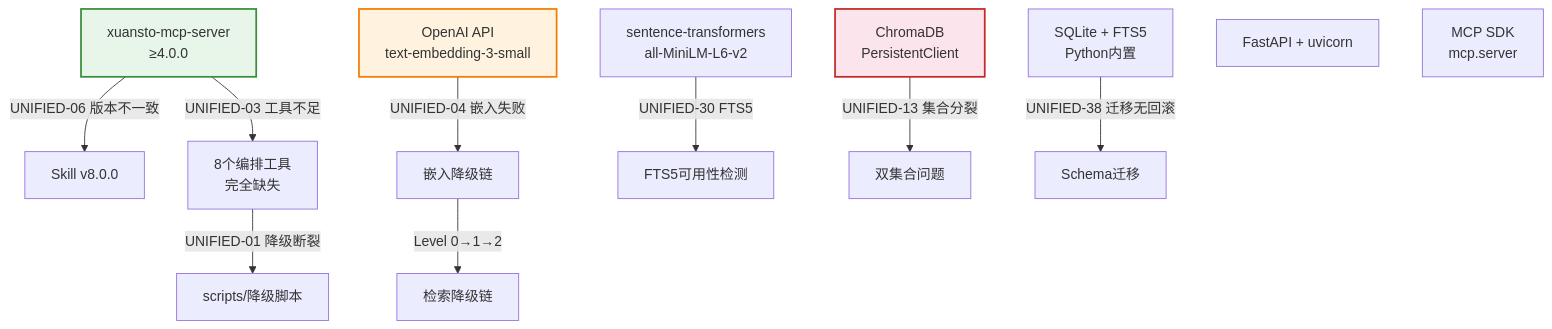
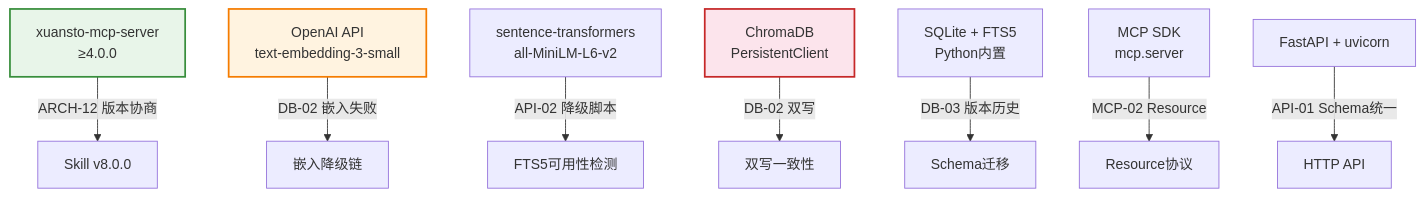
One commit to xuanyuanchumo/xuansto changed the third of 10 diagrams in docs/plan/REFACTOR_PLAN.md. Above: the diagram before and after it, drawn with Mermaid. The commit also changed other lines of this file and 8 other files, not shown here.

````diff
--- a/docs/plan/REFACTOR_PLAN.md
+++ b/docs/plan/REFACTOR_PLAN.md
@@ -243,24 +216,22 @@
 ```mermaid
 flowchart TD
     XUANSTO["xuansto-mcp-server<br/>≥4.0.0"]
     OPENAI["OpenAI API<br/>text-embedding-3-small"]
     ST["sentence-transformers<br/>all-MiniLM-L6-v2"]
     CHROMA_EXT["ChromaDB<br/>PersistentClient"]
     SQLITE_EXT["SQLite + FTS5<br/>Python内置"]
+    MCP_SDK["MCP SDK<br/>mcp.server"]
     FASTAPI["FastAPI + uvicorn"]
-    MCP_SDK["MCP SDK<br/>mcp.server"]
 
-    XUANSTO -->|"UNIFIED-06 版本不一致"| SKILL_VER["Skill v8.0.0"]
-    XUANSTO -->|"UNIFIED-03 工具不足"| ORCH_TOOLS["8个编排工具<br/>完全缺失"]
-    OPENAI -->|"UNIFIED-04 嵌入失败"| EMB_LEVEL["嵌入降级链"]
-    ST -->|"UNIFIED-30 FTS5"| FTS5_CHECK["FTS5可用性检测"]
-    CHROMA_EXT -->|"UNIFIED-13 集合分裂"| DUAL_COL["双集合问题"]
-    SQLITE_EXT -->|"UNIFIED-38 迁移无回滚"| SCHEMA_MIG["Schema迁移"]
-
-    ORCH_TOOLS -->|"UNIFIED-01 降级断裂"| SCRIPT_FALLBACK["scripts/降级脚本"]
-    EMB_LEVEL -->|"Level 0→1→2"| SEARCH_DEGR["检索降级链"]
+    XUANSTO -->|"ARCH-12 版本协商"| SKILL_VER["Skill v8.0.0"]
+    OPENAI -->|"DB-02 嵌入失败"| EMB_LEVEL["嵌入降级链"]
+    ST -->|"API-02 降级脚本"| FTS5_CHECK["FTS5可用性检测"]
+    CHROMA_EXT -->|"DB-02 双写"| DUAL_WRITE["双写一致性"]
+    SQLITE_EXT -->|"DB-03 版本历史"| SCHEMA_MIG["Schema迁移"]
+    MCP_SDK -->|"MCP-02 Resource"| RESOURCE["Resource协议"]
+    FASTAPI -->|"API-01 Schema统一"| HTTP_API["HTTP API"]
 
     style XUANSTO fill:#e8f5e9,stroke:#388e3c,stroke-width:2px
     style OPENAI fill:#fff3e0,stroke:#f57c00,stroke-width:2px
     style CHROMA_EXT fill:#fce4ec,stroke:#c62828,stroke-width:2px
 ```
````
